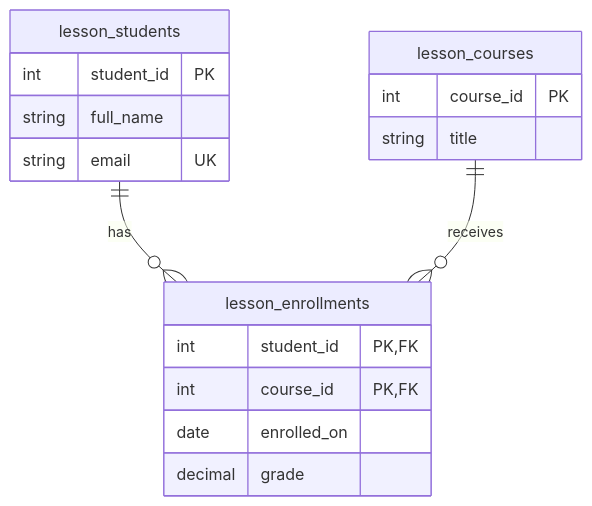
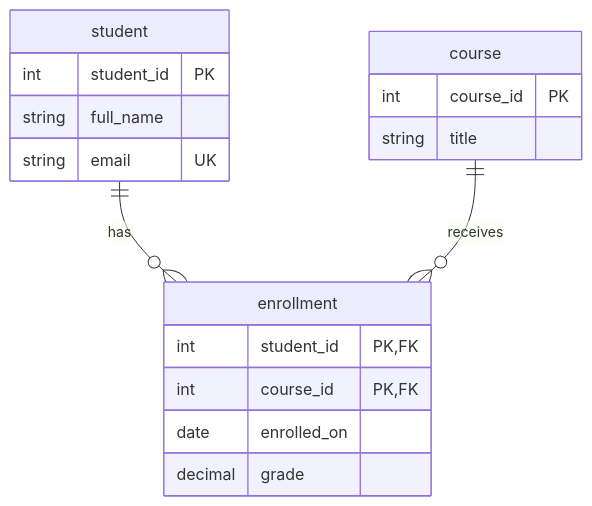
One commit to GregoryRascao/java-backend-training changed the diagram in java-week-8/src/sql/READMENEW/README3.md. Above: the diagram before and after it, drawn with Mermaid. The commit also changed other lines of this file and 56 other files, not shown here.

````diff
--- a/java-week-8/src/sql/READMENEW/README3.md
+++ b/java-week-8/src/sql/READMENEW/README3.md
@@ -55,20 +55,20 @@
 ```mermaid
 erDiagram
-    lesson_students ||--o{ lesson_enrollments : has
-    lesson_courses ||--o{ lesson_enrollments : receives
-    lesson_students {
+    student ||--o{ enrollment : has
+    course ||--o{ enrollment : receives
+    student {
         int student_id PK
         string full_name
         string email UK
     }
-    lesson_courses {
+    course {
         int course_id PK
         string title
     }
-    lesson_enrollments {
+    enrollment {
         int student_id PK, FK
         int course_id PK, FK
         date enrolled_on
         decimal grade
     }
 ```
````
